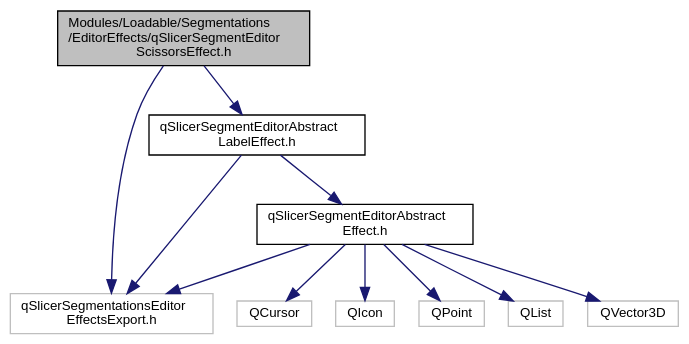
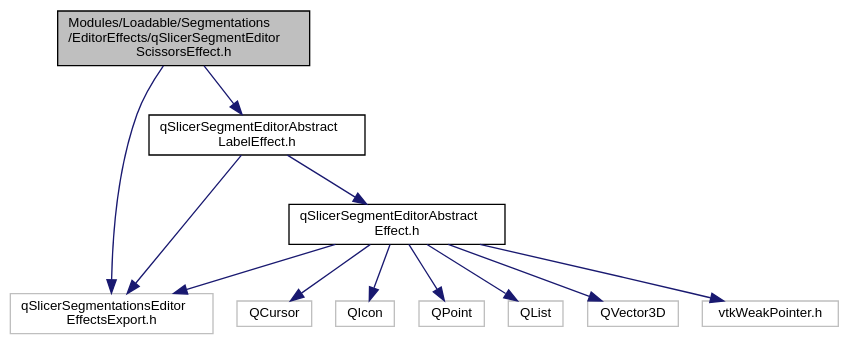
Before and after one commit to jamesobutler/apidocs.slicer.org: the diagram in master/qSlicerSegmentEditorScissorsEffect_8h__incl.dot, drawn with Graphviz. The commit also changed 4409 other files, not shown here.

```diff
--- a/master/qSlicerSegmentEditorScissorsEffect_8h__incl.dot
+++ b/master/qSlicerSegmentEditorScissorsEffect_8h__incl.dot
@@ -1,25 +1,27 @@
 digraph "Modules/Loadable/Segmentations/EditorEffects/qSlicerSegmentEditorScissorsEffect.h"
 {
   bgcolor="transparent";
   edge [fontname="Helvetica",fontsize="10",labelfontname="Helvetica",labelfontsize="10"];
   node [fontname="Helvetica",fontsize="10",shape=record];
   Node0 [label="Modules/Loadable/Segmentations\l/EditorEffects/qSlicerSegmentEditor\lScissorsEffect.h",height=0.2,width=0.4,color="black", fillcolor="grey75", style="filled", fontcolor="black"];
   Node0 -> Node1 [color="midnightblue",fontsize="10",style="solid",fontname="Helvetica"];
   Node1 [label="qSlicerSegmentationsEditor\lEffectsExport.h",height=0.2,width=0.4,color="grey75"];
   Node0 -> Node2 [color="midnightblue",fontsize="10",style="solid",fontname="Helvetica"];
   Node2 [label="qSlicerSegmentEditorAbstract\lLabelEffect.h",height=0.2,width=0.4,color="black",URL="$qSlicerSegmentEditorAbstractLabelEffect_8h.html"];
   Node2 -> Node1 [color="midnightblue",fontsize="10",style="solid",fontname="Helvetica"];
   Node2 -> Node3 [color="midnightblue",fontsize="10",style="solid",fontname="Helvetica"];
   Node3 [label="qSlicerSegmentEditorAbstract\lEffect.h",height=0.2,width=0.4,color="black",URL="$qSlicerSegmentEditorAbstractEffect_8h.html"];
   Node3 -> Node1 [color="midnightblue",fontsize="10",style="solid",fontname="Helvetica"];
   Node3 -> Node4 [color="midnightblue",fontsize="10",style="solid",fontname="Helvetica"];
   Node4 [label="QCursor",height=0.2,width=0.4,color="grey75"];
   Node3 -> Node5 [color="midnightblue",fontsize="10",style="solid",fontname="Helvetica"];
   Node5 [label="QIcon",height=0.2,width=0.4,color="grey75"];
   Node3 -> Node6 [color="midnightblue",fontsize="10",style="solid",fontname="Helvetica"];
   Node6 [label="QPoint",height=0.2,width=0.4,color="grey75"];
   Node3 -> Node7 [color="midnightblue",fontsize="10",style="solid",fontname="Helvetica"];
   Node7 [label="QList",height=0.2,width=0.4,color="grey75"];
   Node3 -> Node8 [color="midnightblue",fontsize="10",style="solid",fontname="Helvetica"];
   Node8 [label="QVector3D",height=0.2,width=0.4,color="grey75"];
+  Node3 -> Node9 [color="midnightblue",fontsize="10",style="solid",fontname="Helvetica"];
+  Node9 [label="vtkWeakPointer.h",height=0.2,width=0.4,color="grey75"];
 }
```
